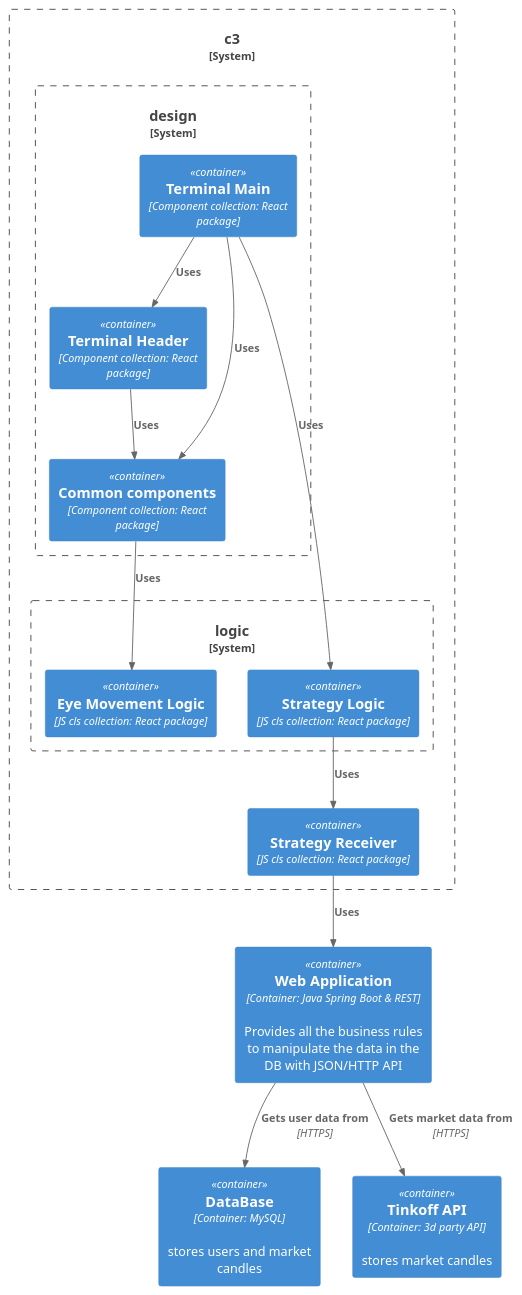
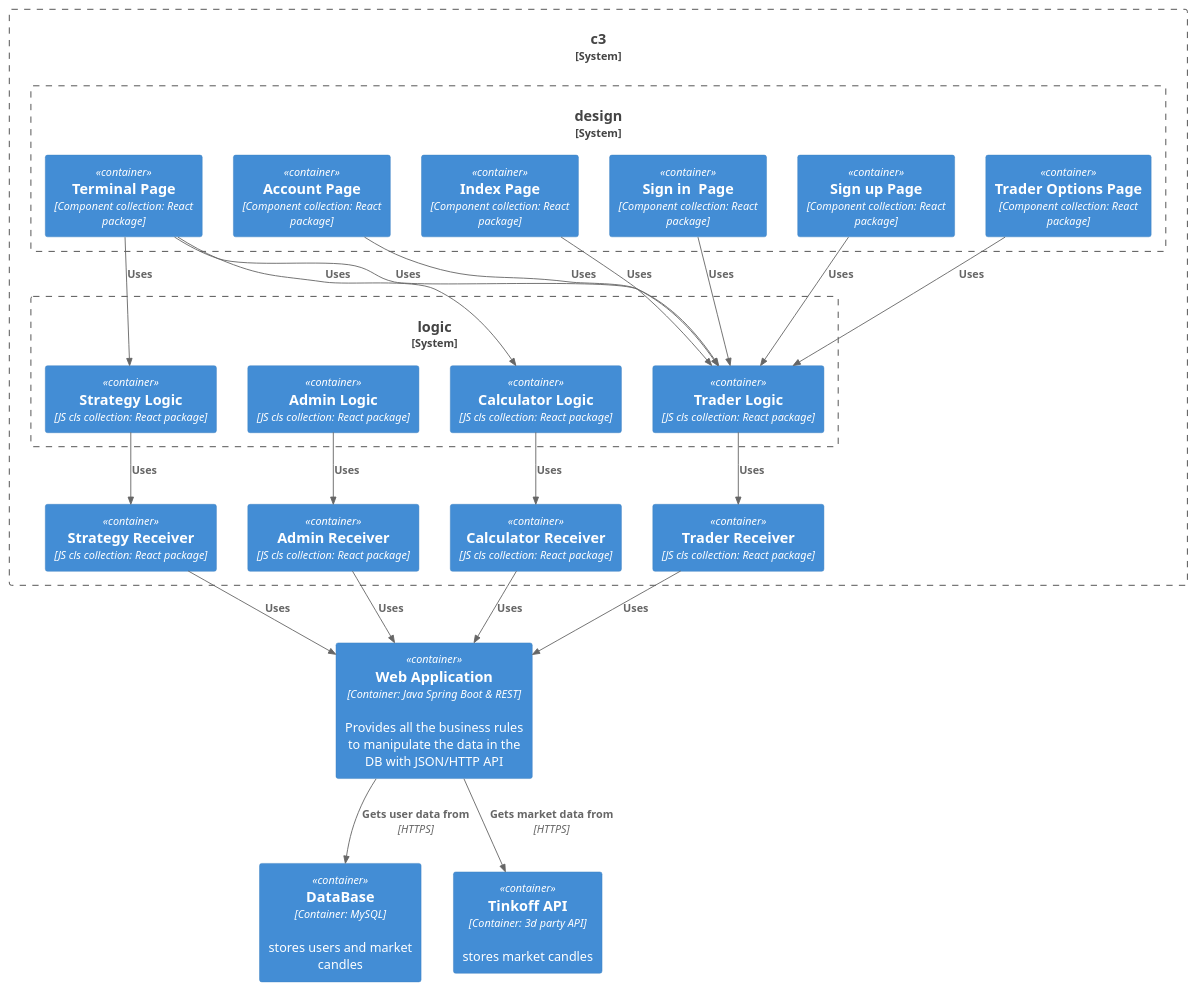
One commit to dansil2301/TradeX_Frontend changed the diagram in Documents_TradeX/C3_diagram.puml. Above: the diagram before and after it, drawn with PlantUML.

Commit message:
updated C3

```diff
--- a/Documents_TradeX/C3_diagram.puml
+++ b/Documents_TradeX/C3_diagram.puml
@@ -1,34 +1,50 @@
 @startuml Basic Sample
 !include https://raw.githubusercontent.com/plantuml-stdlib/C4-PlantUML/master/C4_Container.puml
 
 System_Boundary(c3, "c3") {
     System_Boundary(design, "design") {
-        Container(TerminalHeader, "Terminal Header", "Component collection: React package", "")
-        Container(TerminalMain, "Terminal Main", "Component collection: React package", "")
-        Container(Common, "Common components", "Component collection: React package", "")
+        Container(TerminalPage, "Terminal Page", "Component collection: React package", "")
+        Container(AccountPage, "Account Page", "Component collection: React package", "")
+        Container(IndexPage, "Index Page", "Component collection: React package", "")
+        Container(SignInPage, "Sign in  Page", "Component collection: React package", "")
+        Container(SignUpPage, "Sign up Page", "Component collection: React package", "")
+        Container(TraderOptionsPage, "Trader Options Page", "Component collection: React package", "")
     }
 
     System_Boundary(logic, "logic") {
         Container(StrategyLogic, "Strategy Logic", "JS cls collection: React package", "")
-        Container(EyeMvmLogic, "Eye Movement Logic", "JS cls collection: React package", "")
+        Container(AdminLogic, "Admin Logic", "JS cls collection: React package", "")
+        Container(CalculatorLogic, "Calculator Logic", "JS cls collection: React package", "")
+        Container(TraderLogic, "Trader Logic", "JS cls collection: React package", "")
     }
 
     Container(StrategyReceiver, "Strategy Receiver", "JS cls collection: React package", "")
+    Container(AdminReceiver, "Admin Receiver", "JS cls collection: React package", "")
+    Container(CalculatorReceiver, "Calculator Receiver", "JS cls collection: React package", "")
+    Container(TraderReceiver, "Trader Receiver", "JS cls collection: React package", "")
 }
 Container(web_app, "Web Application", "Container: Java Spring Boot & REST", "Provides all the business rules to manipulate the data in the DB with JSON/HTTP API")
 Container(db, "DataBase", "Container: MySQL", "stores users and market candles")
 Container(tinkoffAPI, "Tinkoff API", "Container: 3d party API", "stores market candles")
 
-Rel(TerminalMain, Common, "Uses")
-Rel(TerminalHeader, Common, "Uses")
-Rel(TerminalMain, TerminalHeader, "Uses")
-
-Rel(TerminalMain, StrategyLogic, "Uses")
-Rel(Common, EyeMvmLogic, "Uses")
+Rel(TerminalPage, StrategyLogic, "Uses")
+Rel(TerminalPage, TraderLogic, "Uses")
+Rel(TerminalPage, CalculatorLogic, "Uses")
+Rel(AccountPage, TraderLogic, "Uses")
+Rel(IndexPage, TraderLogic, "Uses")
+Rel(SignInPage, TraderLogic, "Uses")
+Rel(SignUpPage, TraderLogic, "Uses")
+Rel(TraderOptionsPage, TraderLogic, "Uses")
 
 Rel(StrategyLogic, StrategyReceiver, "Uses")
+Rel(AdminLogic, AdminReceiver, "Uses")
+Rel(CalculatorLogic, CalculatorReceiver, "Uses")
+Rel(TraderLogic, TraderReceiver, "Uses")
 
 Rel(StrategyReceiver, web_app, "Uses")
+Rel(AdminReceiver, web_app, "Uses")
+Rel(CalculatorReceiver, web_app, "Uses")
+Rel(TraderReceiver, web_app, "Uses")
 Rel(web_app, tinkoffAPI, "Gets market data from", "HTTPS")
 Rel(web_app, db, "Gets user data from", "HTTPS")
 @enduml
```
